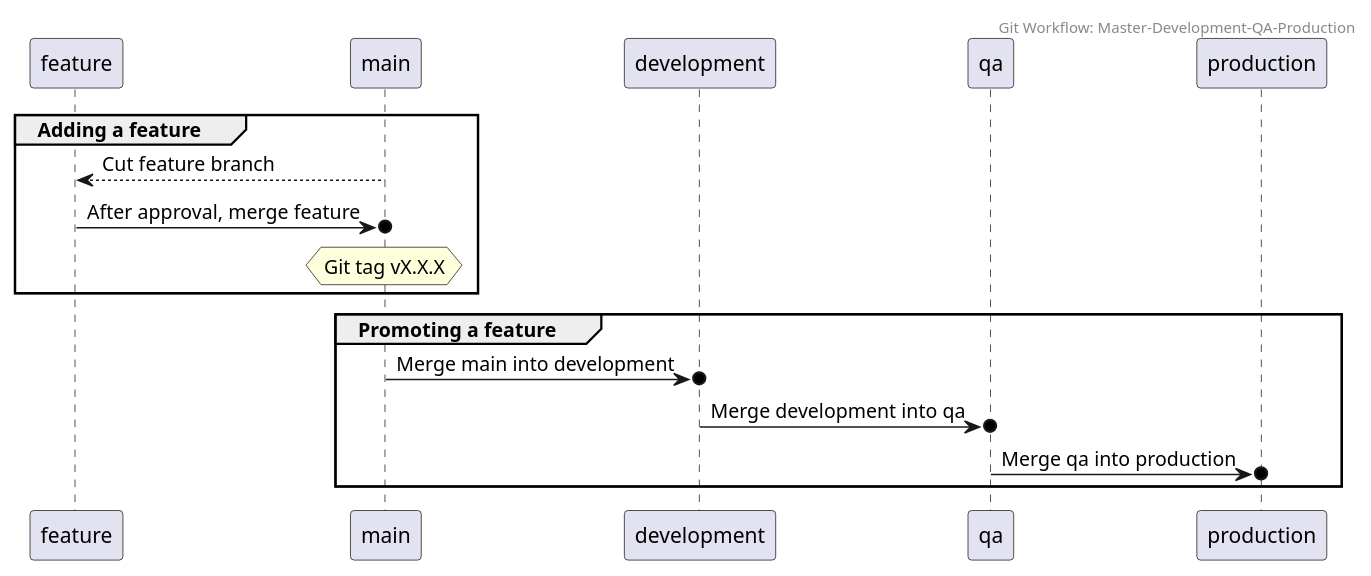
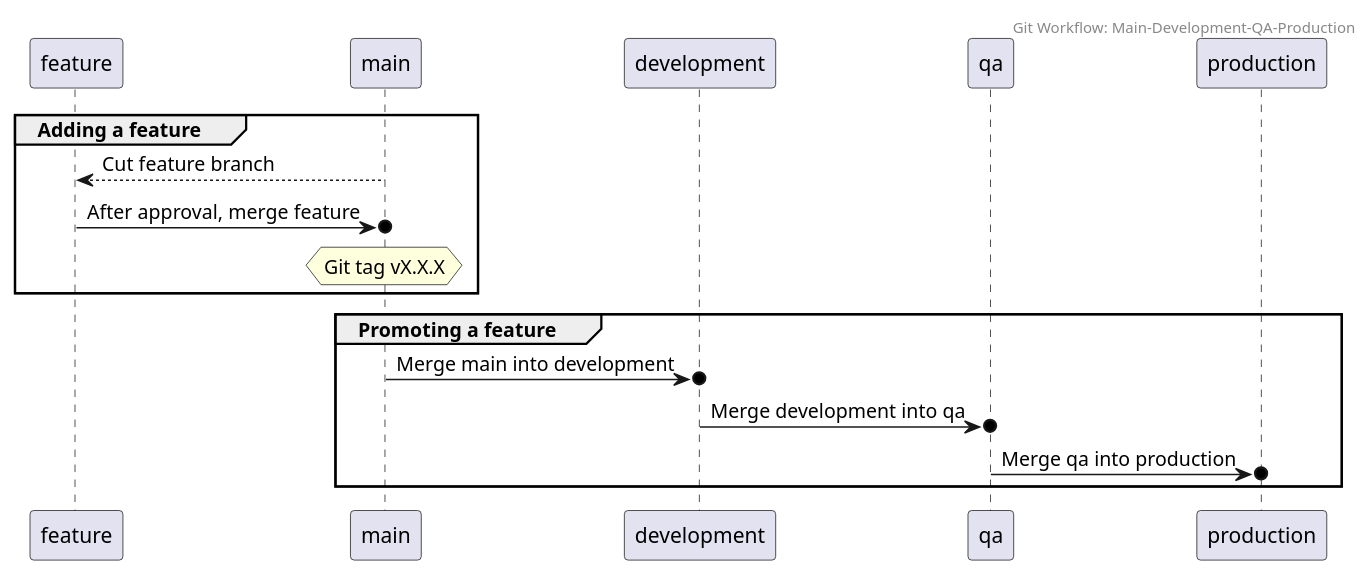
The diagram in standards/assets/git-workflow-main-development-qa-production.plantuml (NYPL/engineering-general), drawn with PlantUML before and after one commit. The commit also changed 9 other files, not shown here.

```diff
--- a/standards/assets/git-workflow-main-development-qa-production.plantuml
+++ b/standards/assets/git-workflow-main-development-qa-production.plantuml
@@ -1,21 +1,21 @@
 @startuml
 
-Header Git Workflow: Master-Development-QA-Production
+Header Git Workflow: Main-Development-QA-Production
 
 group Adding a feature
 
   feature <-- main: Cut feature branch
   feature ->o main: After approval, merge feature
   hnote over main: Git tag vX.X.X
    
 end
 
 group Promoting a feature
 
   main->o development: Merge main into development
   development ->o qa: Merge development into qa
   qa ->o production: Merge qa into production
 
 end
 
 @enduml
```
